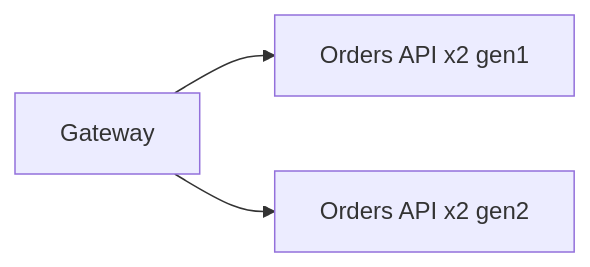
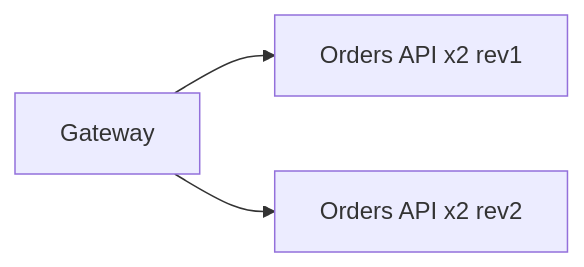
The second of 2 diagrams in README.md (ImmersiveFusion/shoebox), drawn with Mermaid before and after one commit. The commit also changed other lines of this file and 9 other files, not shown here.

````diff
--- a/README.md
+++ b/README.md
@@ -132,5 +133,5 @@
 ```mermaid
 flowchart LR
-  gw[Gateway] --> old[Orders API x2 gen1]
-  gw --> new[Orders API x2 gen2]
+  gw[Gateway] --> old[Orders API x2 rev1]
+  gw --> new[Orders API x2 rev2]
 ```
````
